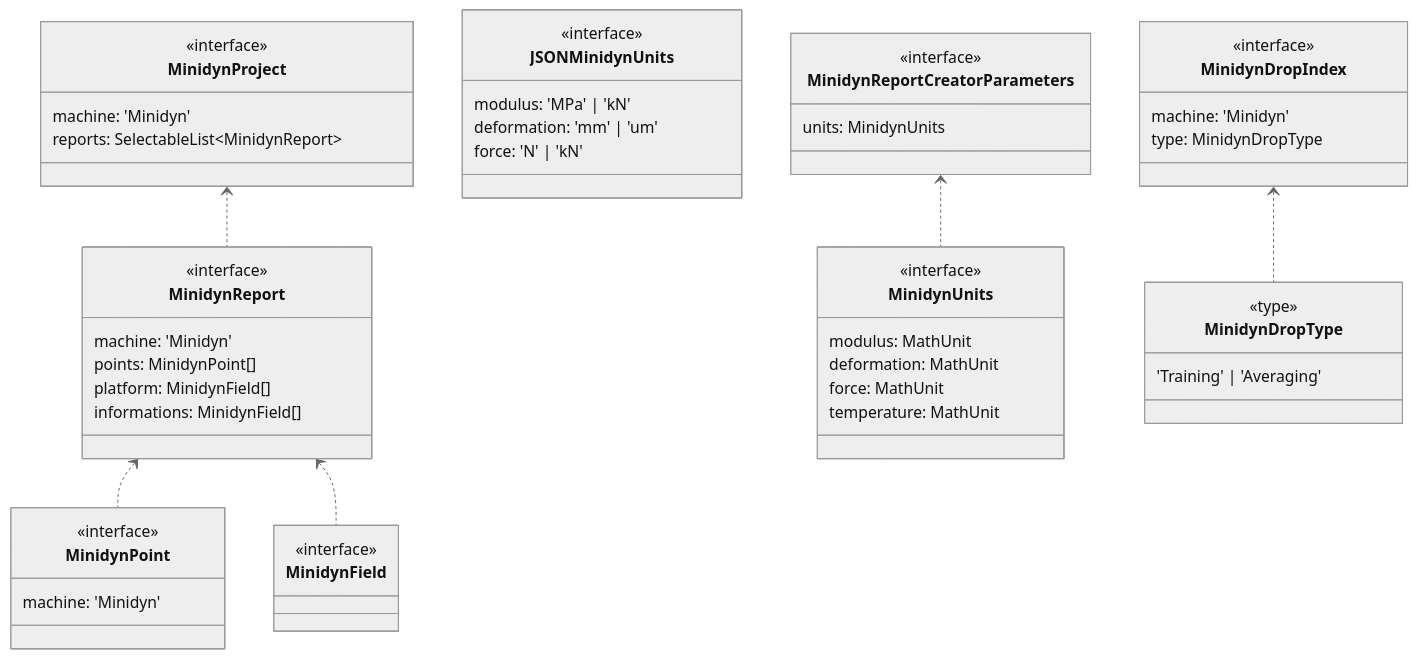
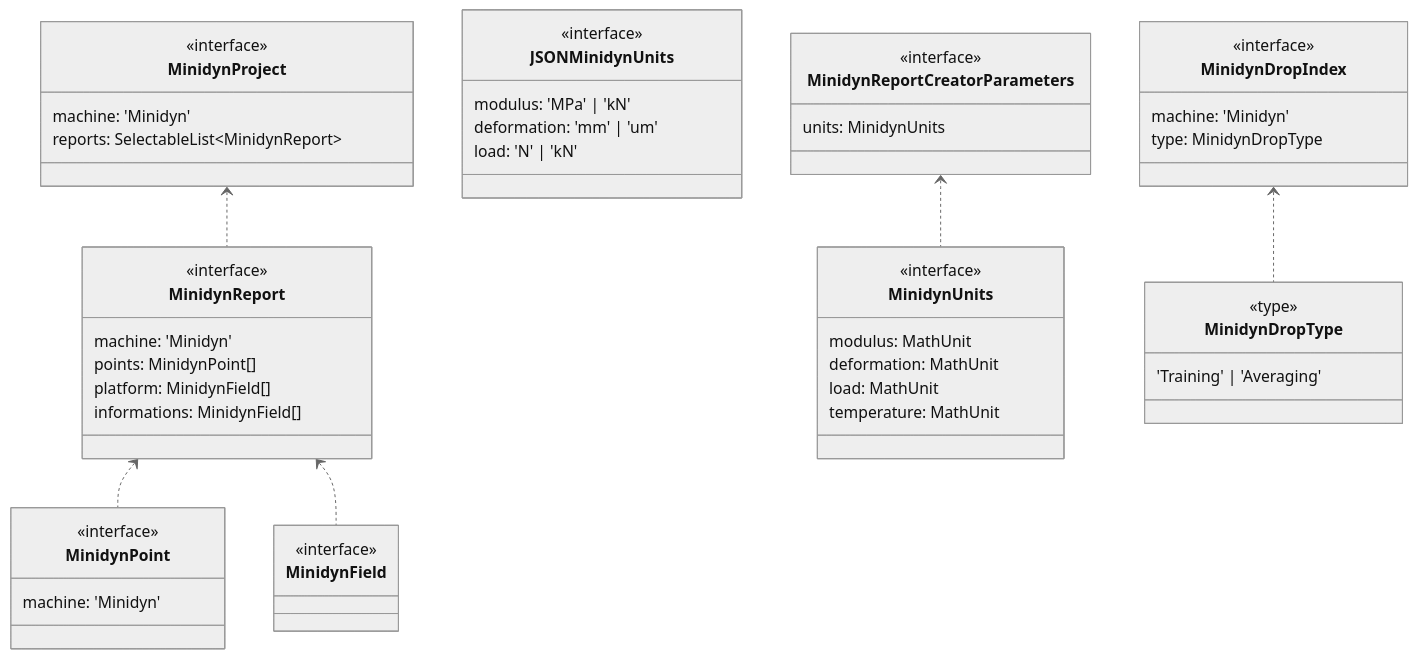
Before and after one commit to gawlk/mapview: the diagram in docs/mermaid/onlyMinidyn/types.mmd, drawn with Mermaid (neutral theme). The commit also changed 87 other files, not shown here.

```diff
--- a/docs/mermaid/onlyMinidyn/types.mmd
+++ b/docs/mermaid/onlyMinidyn/types.mmd
@@ -1,73 +1,73 @@
 classDiagram
 class MinidynField {
   <<interface>>
 
 }
 
 
 
 class MinidynPoint {
   <<interface>>
   machine: 'Minidyn'
 }
 
 
 
 class MinidynProject {
   <<interface>>
   machine: 'Minidyn'
   reports: SelectableList#60;MinidynReport#62;
 }
 MinidynProject <.. MinidynReport
 
 
 class MinidynUnits {
   <<interface>>
   modulus: MathUnit
   deformation: MathUnit
-  force: MathUnit
+  load: MathUnit
   temperature: MathUnit
 }
 
 
 
 class JSONMinidynUnits {
   <<interface>>
   modulus: 'MPa' | 'kN'
   deformation: 'mm' | 'um'
-  force: 'N' | 'kN'
+  load: 'N' | 'kN'
 }
 
 
 
 class MinidynReport {
   <<interface>>
   machine: 'Minidyn'
   points: MinidynPoint[]
   platform: MinidynField[]
   informations: MinidynField[]
 }
 MinidynReport <.. MinidynPoint
 MinidynReport <.. MinidynField
 
 
 class MinidynReportCreatorParameters {
   <<interface>>
   units: MinidynUnits
 }
 MinidynReportCreatorParameters <.. MinidynUnits
 
 
 class MinidynDropType {
   <<type>>
   'Training' | 'Averaging'
 }
 
 
 
 class MinidynDropIndex {
   <<interface>>
   machine: 'Minidyn'
   type: MinidynDropType
 }
 MinidynDropIndex <.. MinidynDropType
```
